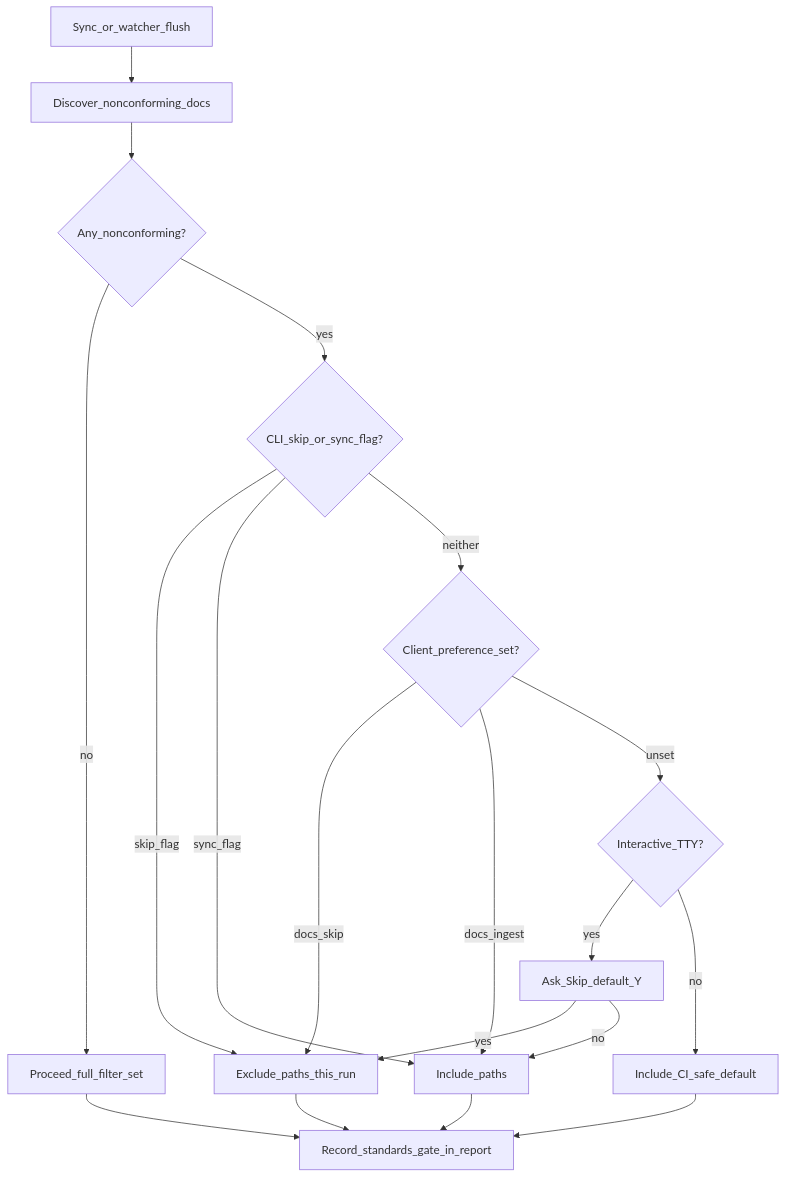
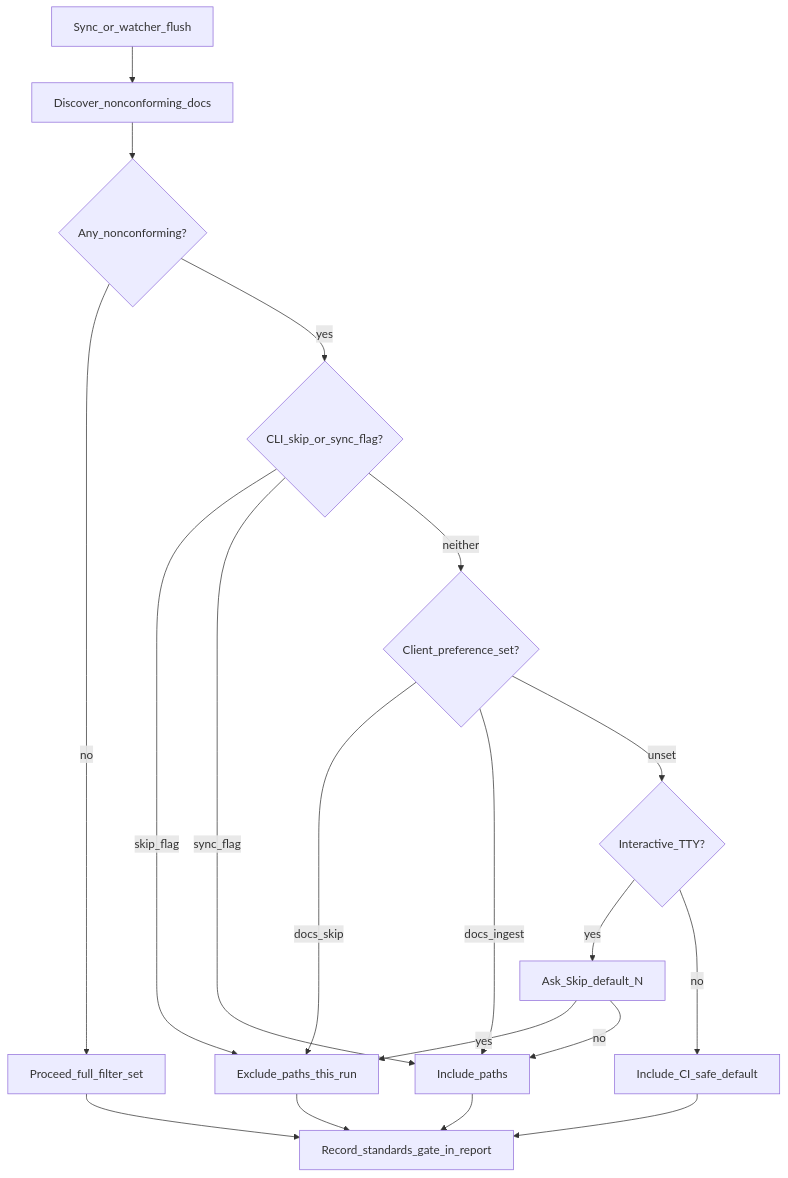
The diagram in docs/07-code-knowledge-graph/51-client-standards-gate-and-watcher-policy.md (Mohammad-Mirasadollahi/AgentCore), drawn with Mermaid before and after one commit. The commit also changed other lines of this file and 3 other files, not shown here.

````diff
--- a/docs/07-code-knowledge-graph/51-client-standards-gate-and-watcher-policy.md
+++ b/docs/07-code-knowledge-graph/51-client-standards-gate-and-watcher-policy.md
@@ -211,21 +212,21 @@
 ```mermaid
 flowchart TD
   trigger[Sync_or_watcher_flush] --> discover[Discover_nonconforming_docs]
   discover --> empty{Any_nonconforming?}
   empty -->|no| includeAll[Proceed_full_filter_set]
   empty -->|yes| cliFlag{CLI_skip_or_sync_flag?}
   cliFlag -->|skip_flag| doSkip[Exclude_paths_this_run]
   cliFlag -->|sync_flag| doIngest[Include_paths]
   cliFlag -->|neither| pref{Client_preference_set?}
   pref -->|docs_skip| doSkip
   pref -->|docs_ingest| doIngest
   pref -->|unset| tty{Interactive_TTY?}
-  tty -->|yes| ask[Ask_Skip_default_Y]
+  tty -->|yes| ask[Ask_Skip_default_N]
   ask -->|yes| doSkip
   ask -->|no| doIngest
   tty -->|no| ciSafe[Include_CI_safe_default]
   doSkip --> report[Record_standards_gate_in_report]
   doIngest --> report
   includeAll --> report
   ciSafe --> report
 ```
````
